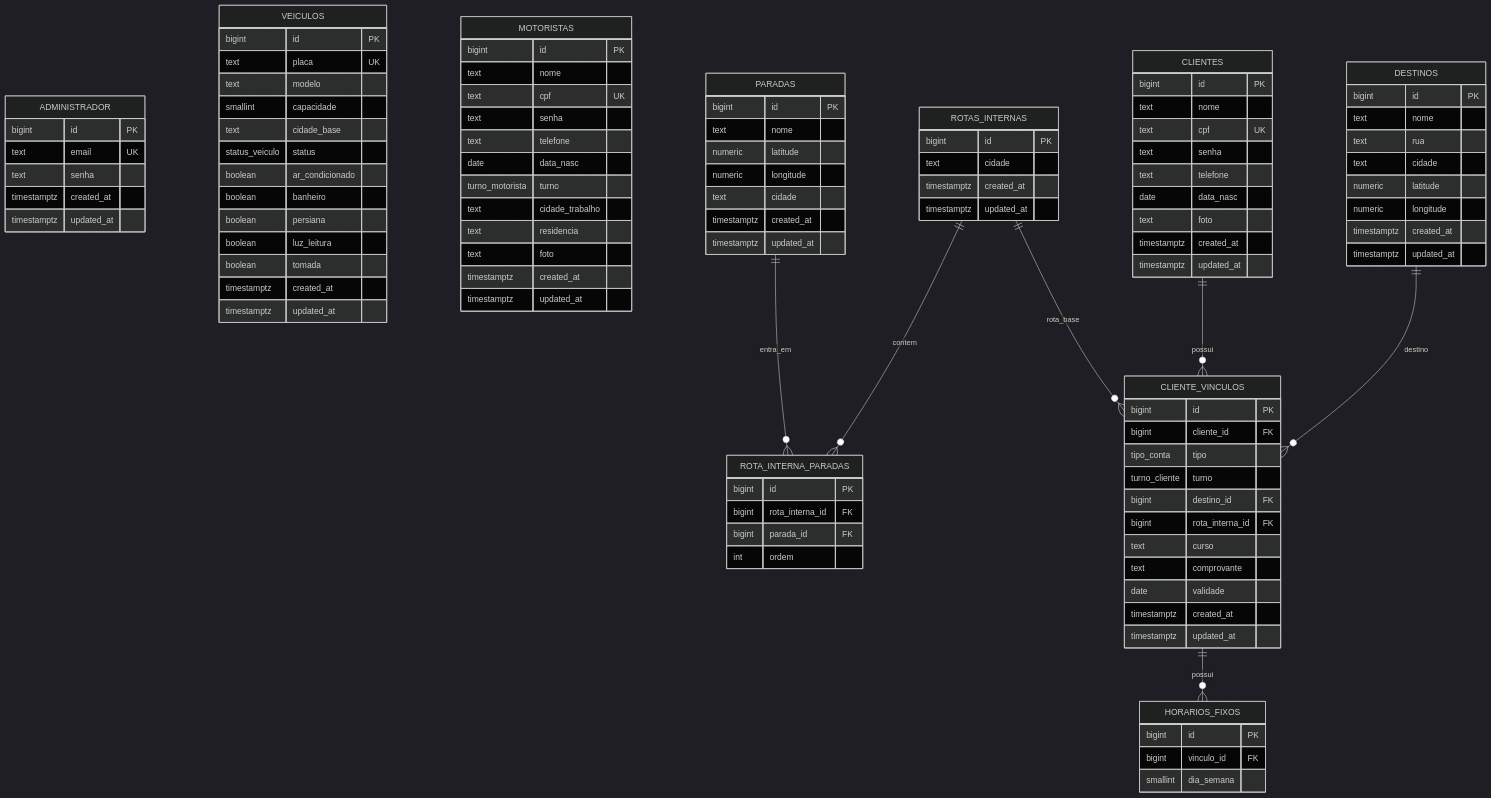
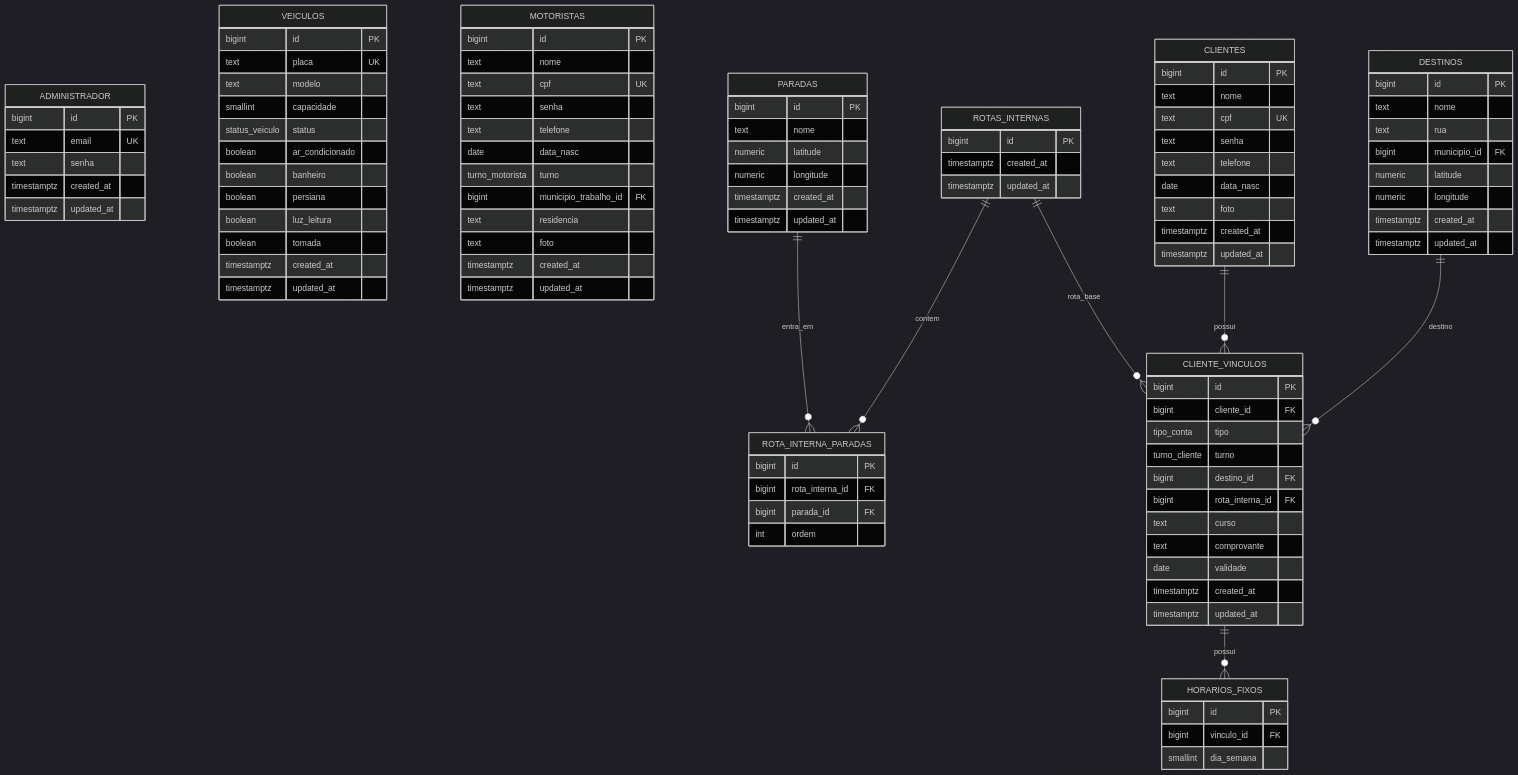
The first of 2 diagrams in docs/modelagem-dados-rotas-reservas-viagens.md (fredsaggio/bondrota-api), drawn with Mermaid (dark theme) before and after one commit. The commit also changed other lines of this file and 87 other files, not shown here.

```diff
--- a/docs/modelagem-dados-rotas-reservas-viagens.md
+++ b/docs/modelagem-dados-rotas-reservas-viagens.md
@@ -27,7 +27,6 @@
         text placa UK
         text modelo
         smallint capacidade
-        text cidade_base
         status_veiculo status
         boolean ar_condicionado
         boolean banheiro
@@ -46,7 +45,7 @@
         text telefone
         date data_nasc
         turno_motorista turno
-        text cidade_trabalho
+        bigint municipio_trabalho_id FK
         text residencia
         text foto
         timestamptz created_at
@@ -57,7 +56,7 @@
         bigint id PK
         text nome
         text rua
-        text cidade
+        bigint municipio_id FK
         numeric latitude
         numeric longitude
         timestamptz created_at
@@ -69,14 +68,12 @@
         text nome
         numeric latitude
         numeric longitude
-        text cidade
         timestamptz created_at
         timestamptz updated_at
     }
 
     ROTAS_INTERNAS {
         bigint id PK
-        text cidade
         timestamptz created_at
         timestamptz updated_at
     }
```
